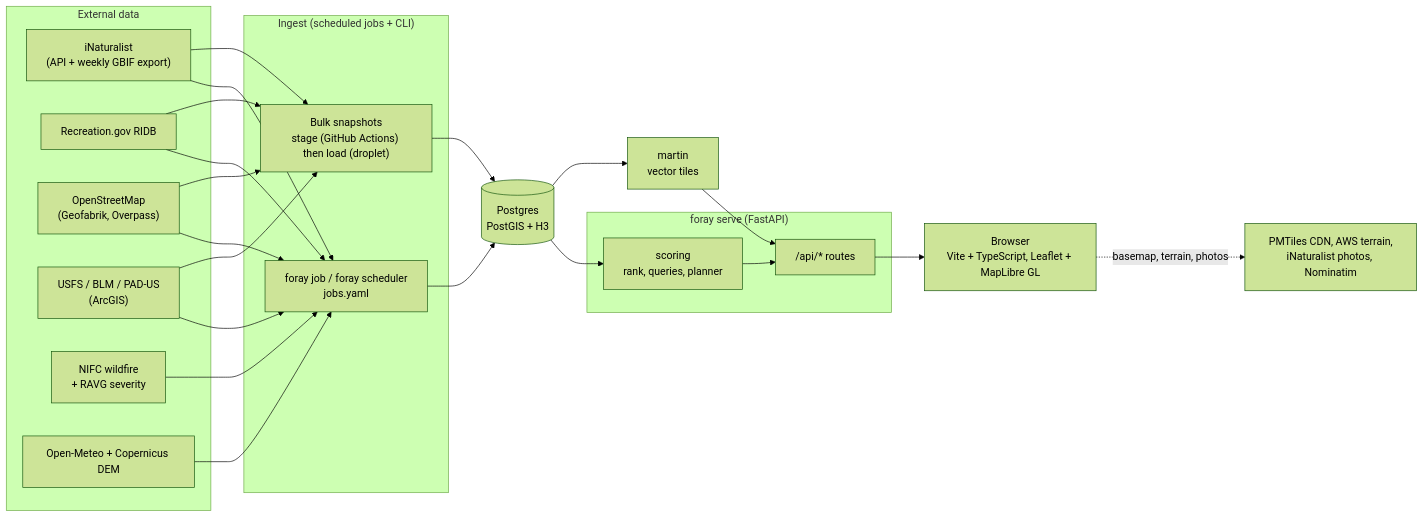
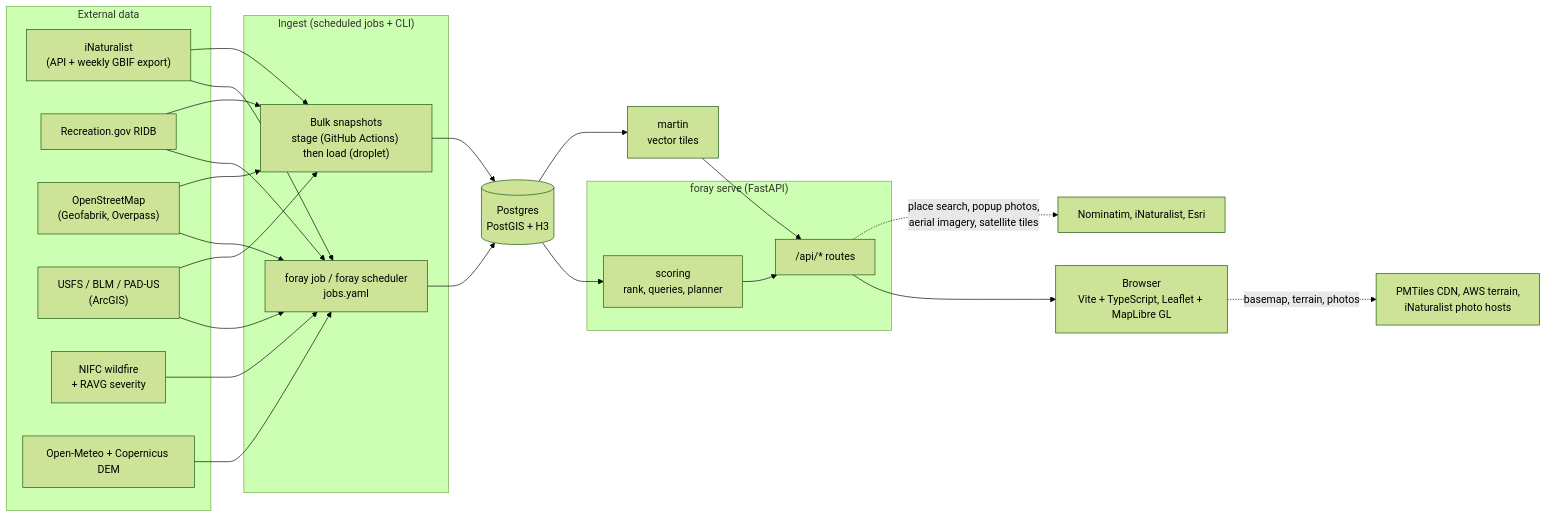
Before and after one commit to jahrik/foray-planner: the first of 3 diagrams in docs/architecture.md, drawn with Mermaid (forest theme). The commit also changed other lines of this file and 4 other files, not shown here.

````diff
--- a/docs/architecture.md
+++ b/docs/architecture.md
@@ -33,34 +33,35 @@
 ```mermaid
 flowchart LR
     subgraph sources["External data"]
         inat["iNaturalist<br/>(API + weekly GBIF export)"]
         ridb["Recreation.gov RIDB"]
         osm["OpenStreetMap<br/>(Geofabrik, Overpass)"]
         usfs["USFS / BLM / PAD-US<br/>(ArcGIS)"]
         nifc["NIFC wildfire<br/>+ RAVG severity"]
         meteo["Open-Meteo + Copernicus DEM"]
     end
 
     subgraph ingest["Ingest (scheduled jobs + CLI)"]
         jobs["foray job / foray scheduler<br/>jobs.yaml"]
         bulk["Bulk snapshots<br/>stage (GitHub Actions) then load (droplet)"]
     end
 
     pg[("Postgres<br/>PostGIS + H3")]
 
     subgraph app["foray serve (FastAPI)"]
         score["scoring<br/>rank, queries, planner"]
         api["/api/* routes"]
     end
 
     martin["martin<br/>vector tiles"]
     web["Browser<br/>Vite + TypeScript, Leaflet + MapLibre GL"]
 
     inat & ridb & osm & usfs & nifc & meteo --> jobs
     inat & ridb & osm & usfs --> bulk
     jobs --> pg
     bulk --> pg
     pg --> score --> api --> web
     pg --> martin --> api
-    web -. "basemap, terrain, photos" .-> ext["PMTiles CDN, AWS terrain,<br/>iNaturalist photos, Nominatim"]
+    web -. "basemap, terrain, photos" .-> ext["PMTiles CDN, AWS terrain,<br/>iNaturalist photo hosts"]
+    api -. "place search, popup photos,<br/>aerial imagery, satellite tiles" .-> live["Nominatim, iNaturalist, Esri"]
 ```
````
